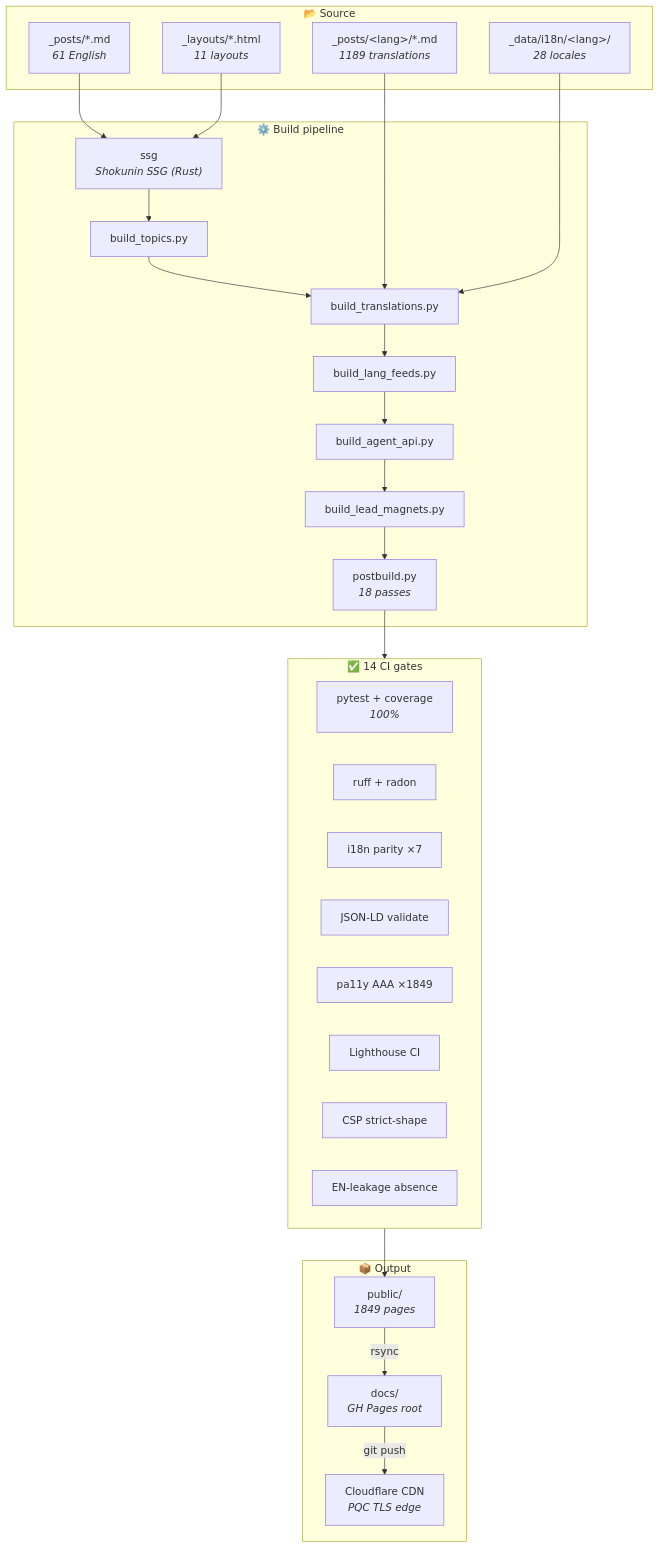
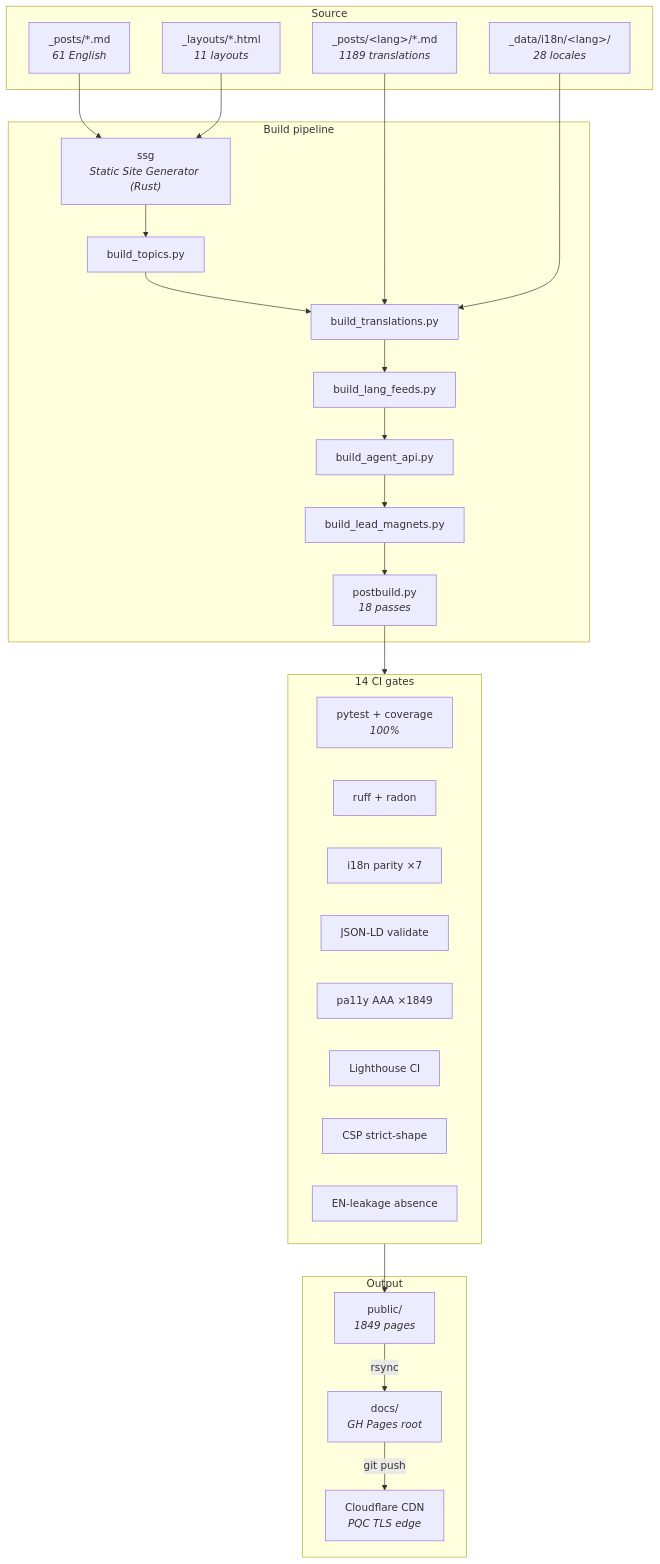
Before and after one commit to sebastienrousseau/sebastienrousseau.github.io: the first of 6 diagrams in README.md, drawn with Mermaid. The commit also changed other lines of this file and 6 other files, not shown here.

First line of the commit message:
docs: rename Shokunin → Static Site Generator + strip emoji from Mermaid diagrams

````diff
--- a/README.md
+++ b/README.md
@@ -134,51 +134,51 @@
 ```mermaid
 flowchart TB
-    subgraph SRC["📂 Source"]
+    subgraph SRC["Source"]
         EN["_posts/*.md<br/><i>61 English</i>"]
         T["_posts/&lt;lang&gt;/*.md<br/><i>1189 translations</i>"]
         L["_layouts/*.html<br/><i>11 layouts</i>"]
         D["_data/i18n/&lt;lang&gt;/<br/><i>28 locales</i>"]
     end
 
-    subgraph BUILD["⚙️ Build pipeline"]
-        SSG["ssg<br/><i>Shokunin SSG (Rust)</i>"]
+    subgraph BUILD["Build pipeline"]
+        SSG["ssg<br/><i>Static Site Generator (Rust)</i>"]
         BT["build_topics.py"]
         BR["build_translations.py"]
         BF["build_lang_feeds.py"]
         BA["build_agent_api.py"]
         BL["build_lead_magnets.py"]
         PB["postbuild.py<br/><i>18 passes</i>"]
     end
 
-    subgraph GATES["✅ 14 CI gates"]
+    subgraph GATES["14 CI gates"]
         G1["pytest + coverage<br/><i>100%</i>"]
         G2["ruff + radon"]
         G3["i18n parity ×7"]
         G4["JSON-LD validate"]
         G5["pa11y AAA ×1849"]
         G6["Lighthouse CI"]
         G7["CSP strict-shape"]
         G8["EN-leakage absence"]
     end
 
-    subgraph OUT["📦 Output"]
+    subgraph OUT["Output"]
         P["public/<br/><i>1849 pages</i>"]
         DC["docs/<br/><i>GH Pages root</i>"]
         CF["Cloudflare CDN<br/><i>PQC TLS edge</i>"]
     end
 
     EN --> SSG
     L --> SSG
     SSG --> BT
     BT --> BR
     T --> BR
     D --> BR
     BR --> BF
     BF --> BA
     BA --> BL
     BL --> PB
     PB --> GATES
     GATES --> P
     P -->|rsync| DC
     DC -->|git push| CF
 ```
````
